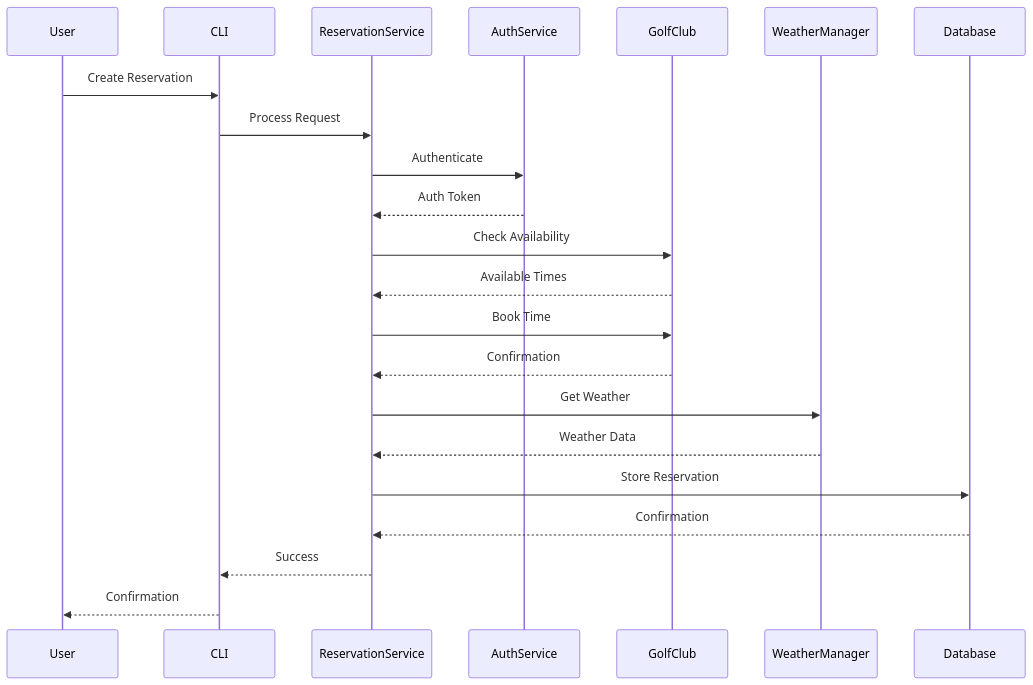
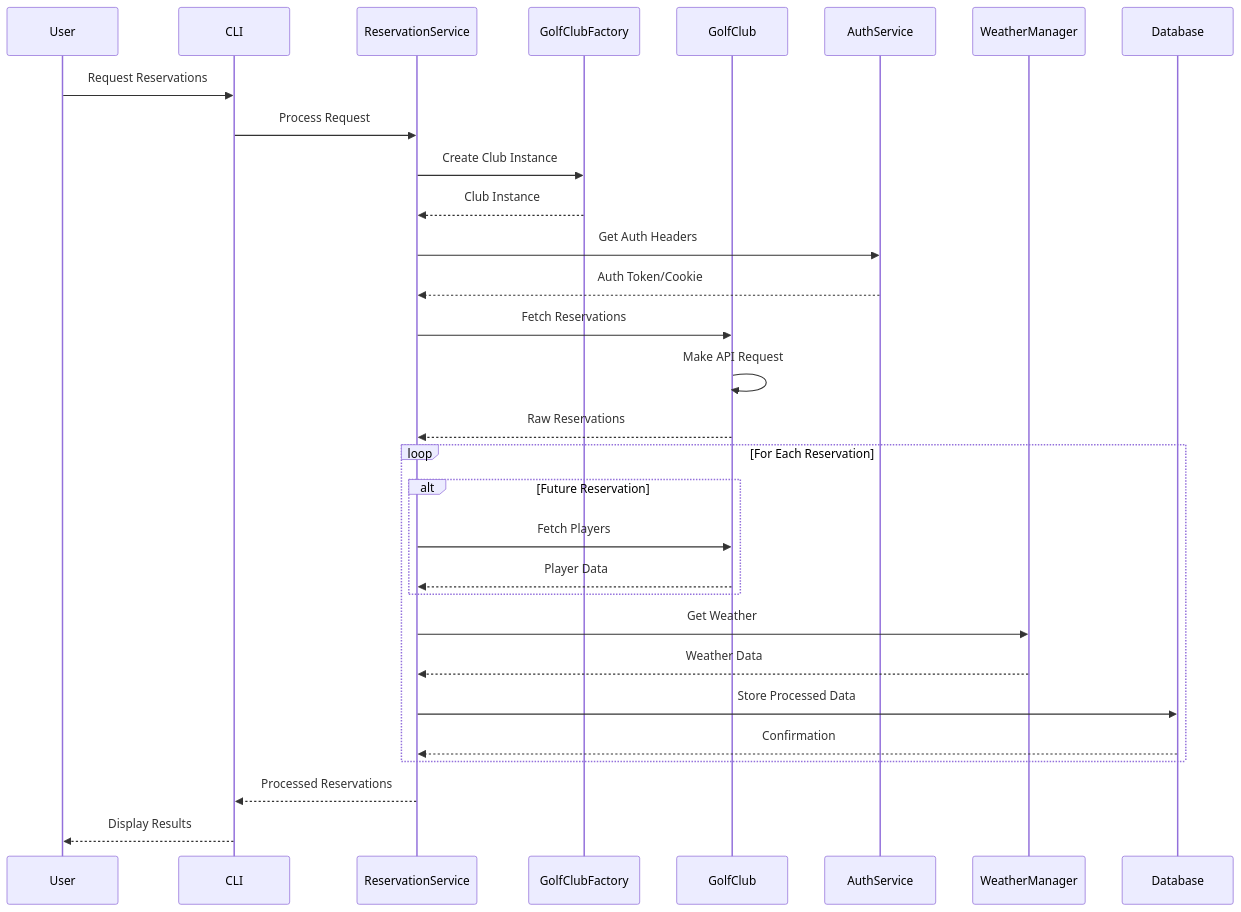
The second of 4 diagrams in docs/architecture/overview.md (nasula/golfcal2), drawn with Mermaid before and after one commit.

````diff
--- a/docs/architecture/overview.md
+++ b/docs/architecture/overview.md
@@ -106,25 +106,35 @@
 ```mermaid
 sequenceDiagram
     participant User
     participant CLI
     participant RS as ReservationService
+    participant GCF as GolfClubFactory
+    participant GC as GolfClub
     participant AS as AuthService
-    participant GC as GolfClub
     participant WM as WeatherManager
     participant DB as Database
 
-    User->>CLI: Create Reservation
+    User->>CLI: Request Reservations
     CLI->>RS: Process Request
-    RS->>AS: Authenticate
-    AS-->>RS: Auth Token
-    RS->>GC: Check Availability
-    GC-->>RS: Available Times
-    RS->>GC: Book Time
-    GC-->>RS: Confirmation
-    RS->>WM: Get Weather
-    WM-->>RS: Weather Data
-    RS->>DB: Store Reservation
-    DB-->>RS: Confirmation
-    RS-->>CLI: Success
-    CLI-->>User: Confirmation
+    RS->>GCF: Create Club Instance
+    GCF-->>RS: Club Instance
+    RS->>AS: Get Auth Headers
+    AS-->>RS: Auth Token/Cookie
+    RS->>GC: Fetch Reservations
+    GC->>GC: Make API Request
+    GC-->>RS: Raw Reservations
+    
+    loop For Each Reservation
+        alt Future Reservation
+            RS->>GC: Fetch Players
+            GC-->>RS: Player Data
+        end
+        RS->>WM: Get Weather
+        WM-->>RS: Weather Data
+        RS->>DB: Store Processed Data
+        DB-->>RS: Confirmation
+    end
+    
+    RS-->>CLI: Processed Reservations
+    CLI-->>User: Display Results
 ```
````
